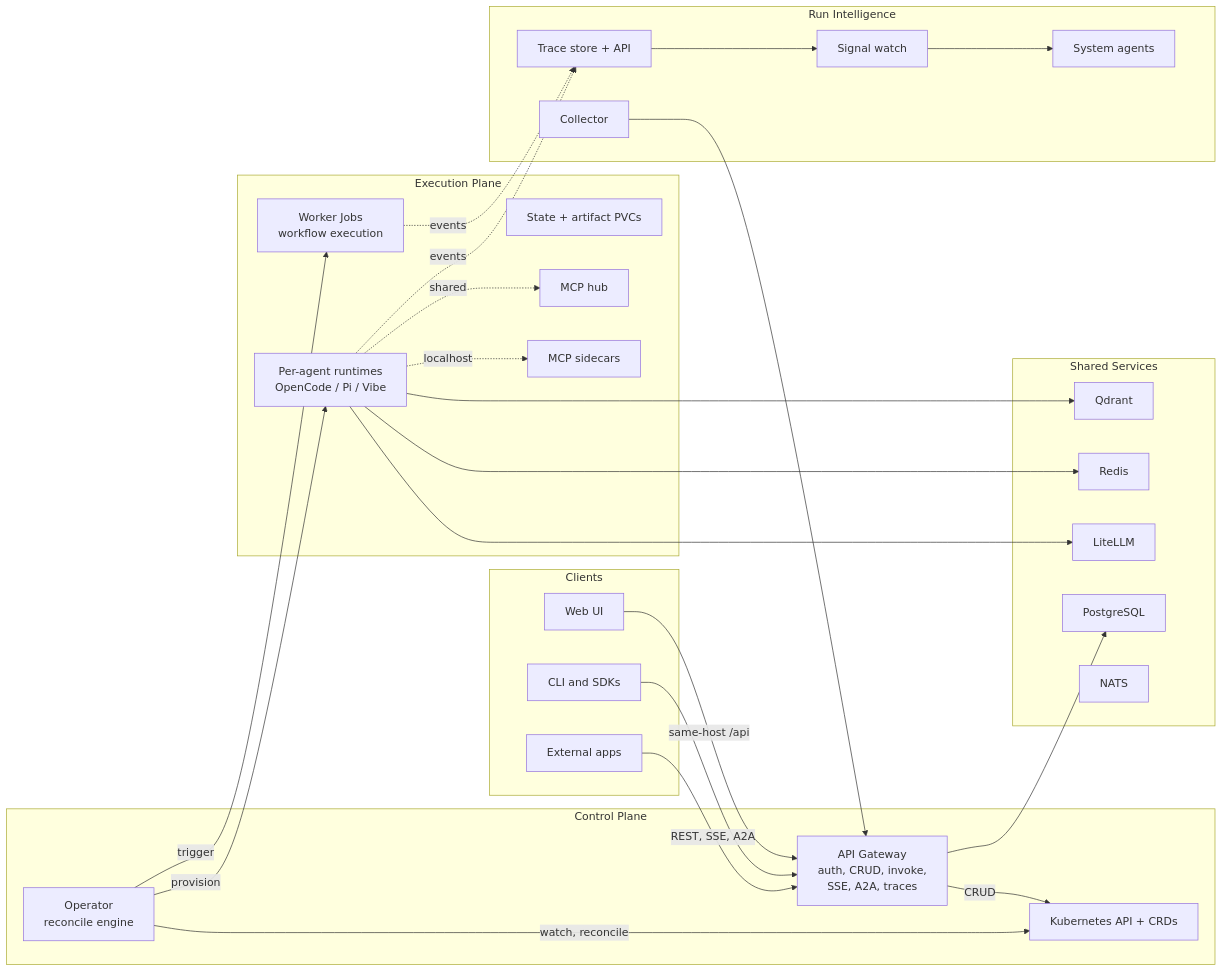
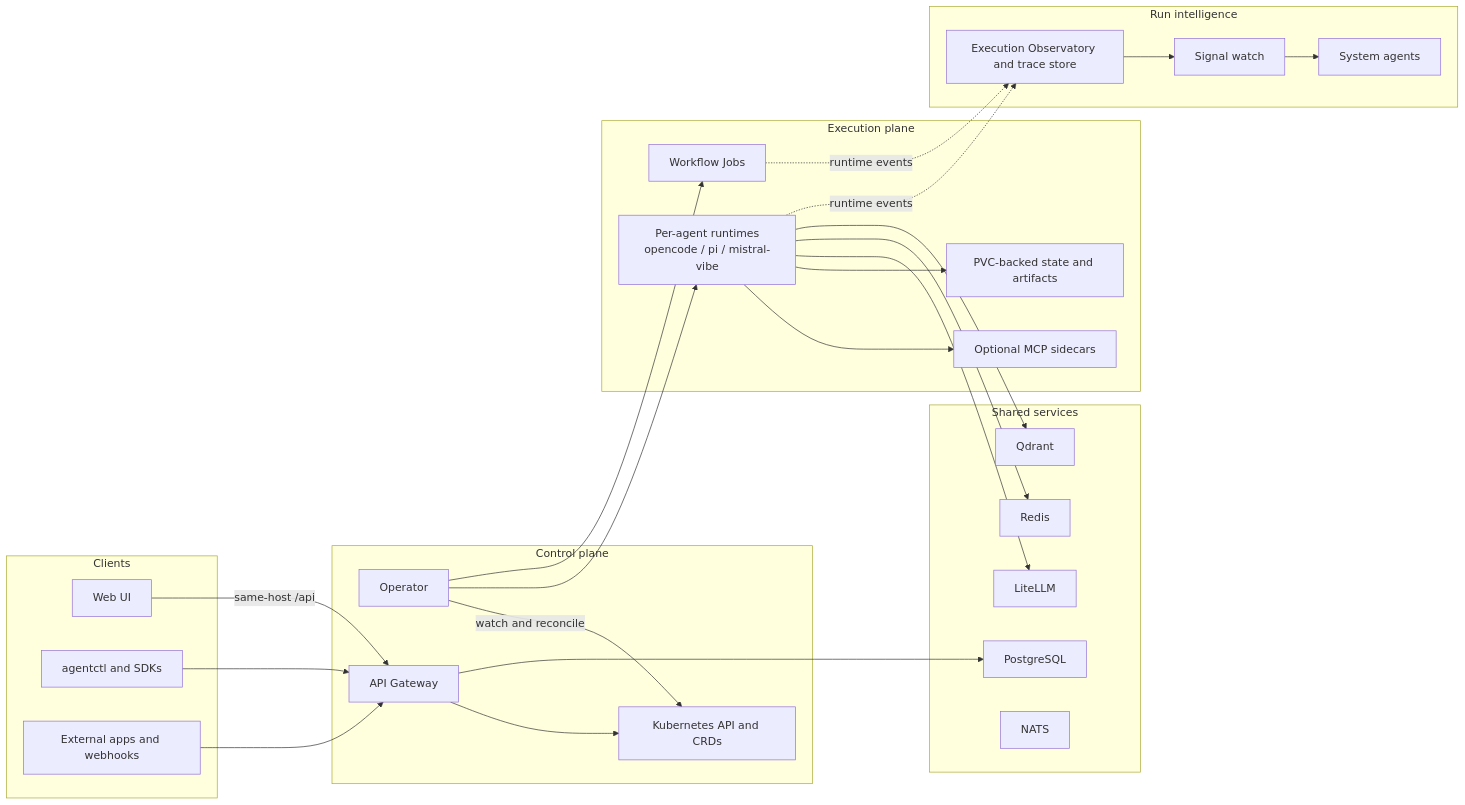
Before and after one commit to ykbytes/kubesynapse.ai: the diagram in README.md, drawn with Mermaid. The commit also changed other lines of this file and 83 other files, not shown here.

````diff
--- a/README.md
+++ b/README.md
@@ -162,56 +280,53 @@
 ```mermaid
 flowchart LR
     subgraph Clients[Clients]
         UI[Web UI]
-        CLI[CLI and SDKs]
-        EXT[External apps]
+        CLI[agentctl and SDKs]
+        EXT[External apps and webhooks]
     end
 
-    subgraph Control[Control Plane]
-        GW[API Gateway\nauth, CRUD, invoke,\nSSE, A2A, traces]
-        K8S[Kubernetes API + CRDs]
-        OP[Operator\nreconcile engine]
+    subgraph Control[Control plane]
+        K8S[Kubernetes API and CRDs]
+        OP[Operator]
+        GW[API Gateway]
     end
 
-    subgraph Execute[Execution Plane]
-        RT[Per-agent runtimes\nOpenCode / Pi / Vibe]
-        JOB[Worker Jobs\nworkflow execution]
-        PVC[State + artifact PVCs]
-        SIDE[MCP sidecars]
-        HUB[MCP hub]
+    subgraph Execute[Execution plane]
+        RT[Per-agent runtimes\nopencode / pi / mistral-vibe]
+        JOB[Workflow Jobs]
+        SIDE[Optional MCP sidecars]
+        PVC[PVC-backed state and artifacts]
     end
 
-    subgraph Shared[Shared Services]
+    subgraph Shared[Shared services]
         LLM[LiteLLM]
         PG[PostgreSQL]
         REDIS[Redis]
         QDRANT[Qdrant]
         NATS[NATS]
     end
 
-    subgraph Intelligence[Run Intelligence]
-        TRACE[Trace store + API]
+    subgraph Intelligence[Run intelligence]
+        TRACE[Execution Observatory and trace store]
         SIGNAL[Signal watch]
         SYS[System agents]
-        COL[Collector]
     end
 
     UI -->|same-host /api| GW
     CLI --> GW
-    EXT -->|REST, SSE, A2A| GW
-    GW -->|CRUD| K8S
-    OP -->|watch, reconcile| K8S
-    OP -->|provision| RT
-    OP -->|trigger| JOB
+    EXT --> GW
+    GW --> K8S
+    OP -->|watch and reconcile| K8S
+    OP --> RT
+    OP --> JOB
+    RT --> SIDE
+    RT --> PVC
     RT --> LLM
     RT --> REDIS
     RT --> QDRANT
     GW --> PG
-    RT -. localhost .-> SIDE
-    RT -. shared .-> HUB
-    RT -. events .-> TRACE
-    JOB -. events .-> TRACE
+    JOB -. runtime events .-> TRACE
+    RT -. runtime events .-> TRACE
     TRACE --> SIGNAL
     SIGNAL --> SYS
-    COL --> GW
 ```
````
